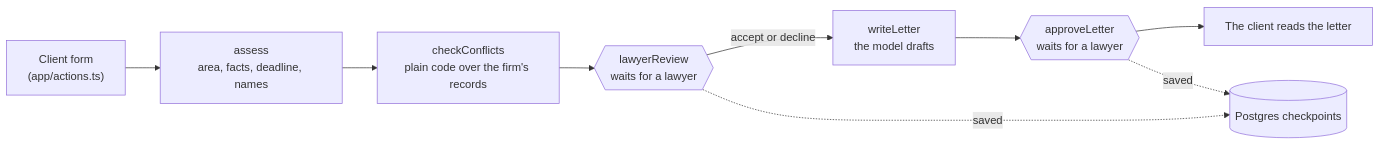
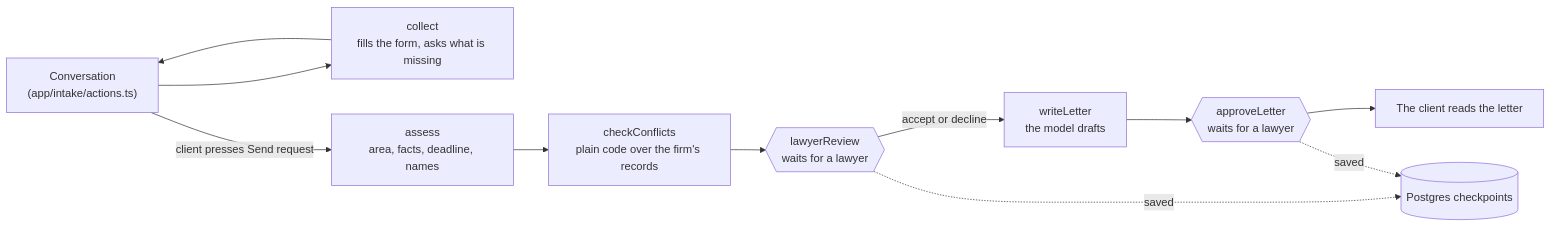
One commit to learnwithparam/ai-bootcamp changed the diagram in 07-legal-intake/README.md. Above: the diagram before and after it, drawn with Mermaid. The commit also changed other lines of this file and 75 other files, not shown here.

First line of the commit message:
07 legal intake: talk to fill the form, and a Clio-style firm app

````diff
--- a/07-legal-intake/README.md
+++ b/07-legal-intake/README.md
@@ -83,11 +111,13 @@
 ```mermaid
 flowchart LR
-  form["Client form<br/>(app/actions.ts)"] --> assess["assess<br/>area, facts, deadline, names"]
+  talk["Conversation<br/>(app/intake/actions.ts)"] --> collect["collect<br/>fills the form, asks what is missing"]
+  collect --> talk
+  talk -->|client presses Send request| assess["assess<br/>area, facts, deadline, names"]
   assess --> conflicts["checkConflicts<br/>plain code over the firm's records"]
   conflicts --> review{{"lawyerReview<br/>waits for a lawyer"}}
   review -->|accept or decline| write["writeLetter<br/>the model drafts"]
   write --> approve{{"approveLetter<br/>waits for a lawyer"}}
   approve --> done["The client reads the letter"]
   review -.->|"saved"| pg[(Postgres checkpoints)]
   approve -.->|"saved"| pg
 ```
````
